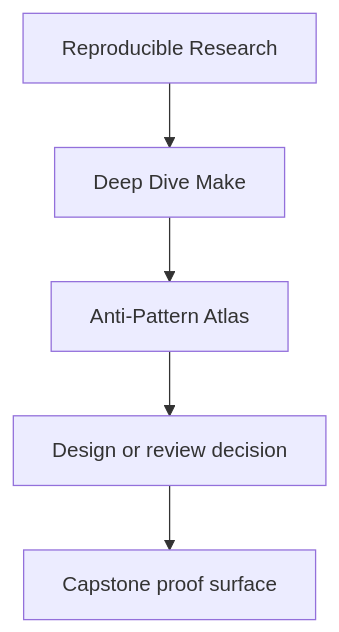
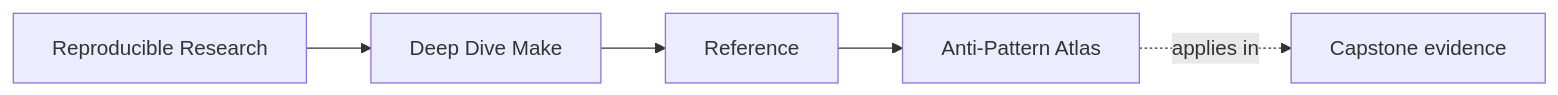
Before and after one commit to bijux/bijux-masterclass: the first of 2 diagrams in programs/reproducible-research/deep-dive-make/course-book/reference/anti-pattern-atlas.md, drawn with Mermaid. The commit also changed other lines of this file and 146 other files, not shown here.

Commit message:
docs(deep-dive-make): map build truth and release review surfaces

````diff
--- a/programs/reproducible-research/deep-dive-make/course-book/reference/anti-pattern-atlas.md
+++ b/programs/reproducible-research/deep-dive-make/course-book/reference/anti-pattern-atlas.md
@@ -6,7 +6,11 @@
 ```mermaid
-flowchart TD
-  family["Reproducible Research"] --> program["Deep Dive Make"]
-  program --> reference["Anti-Pattern Atlas"]
-  reference --> review["Design or review decision"]
-  review --> capstone["Capstone proof surface"]
+graph LR
+  family["Reproducible Research"]
+  program["Deep Dive Make"]
+  section["Reference"]
+  page["Anti-Pattern Atlas"]
+  capstone["Capstone evidence"]
+
+  family --> program --> section --> page
+  page -.applies in.-> capstone
 ```
````
